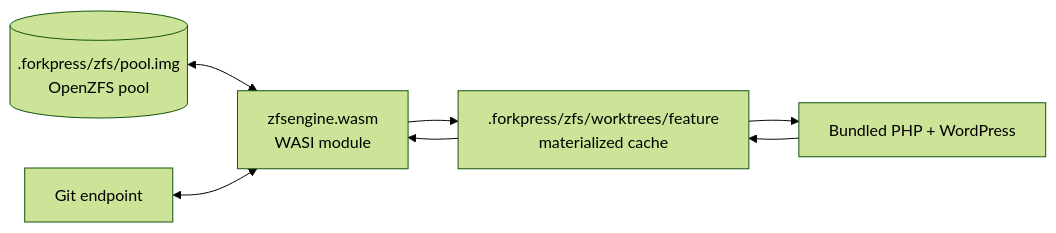
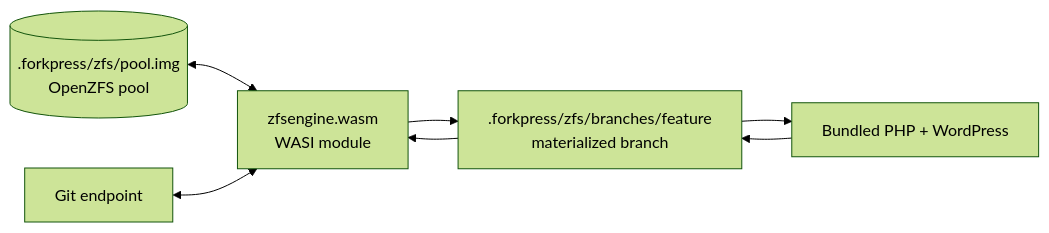
Before and after one commit to Automattic/forkpress: the third of 7 diagrams in README.md, drawn with Mermaid (forest theme). The commit also changed other lines of this file and 7 other files, not shown here.

````diff
--- a/README.md
+++ b/README.md
@@ -260,15 +312,15 @@
 ```mermaid
 flowchart LR
     pool[(.forkpress/zfs/pool.img<br/>OpenZFS pool)]
     engine[zfsengine.wasm<br/>WASI module]
-    cache[.forkpress/zfs/worktrees/feature<br/>materialized cache]
+    cache[.forkpress/zfs/branches/feature<br/>materialized branch]
     php[Bundled PHP + WordPress]
     git[Git endpoint]
 
     pool <--> engine
     engine --> cache
     cache --> php
     php --> cache
     cache --> engine
     git <--> engine
 ```
````
